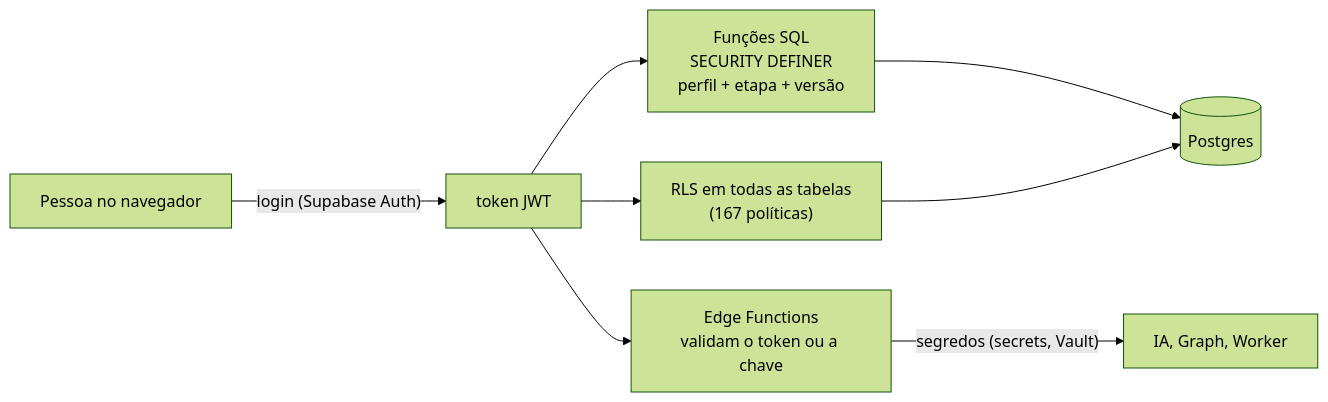
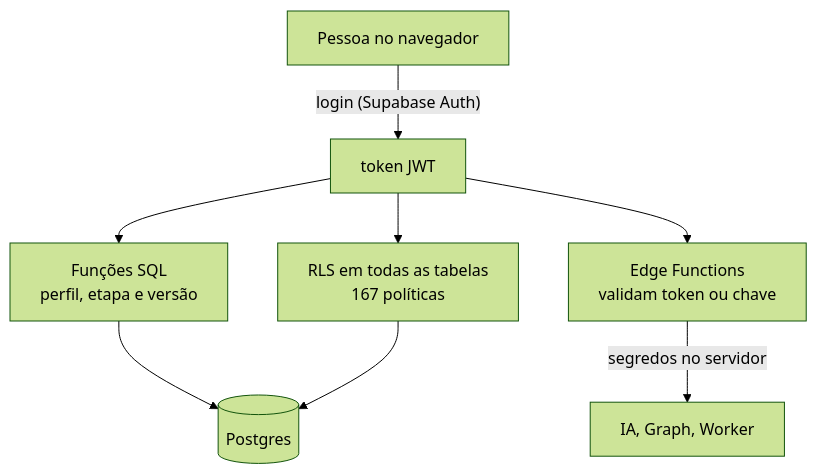
One commit to Taveshu19/plataforma-notas-fiscais changed the diagram in docs/08-seguranca-e-privacidade.md. Above: the diagram before and after it, drawn with Mermaid (forest theme). The commit also changed 9 other files, not shown here.

First line of the commit message:
Diagramas legíveis no GitHub e sem erro de sintaxe

````diff
--- a/docs/08-seguranca-e-privacidade.md
+++ b/docs/08-seguranca-e-privacidade.md
@@ -5,9 +5,9 @@
 ```mermaid
-flowchart LR
+flowchart TD
   U["Pessoa no navegador"] -->|"login (Supabase Auth)"| T["token JWT"]
-  T --> RPC["Funções SQL<br/>SECURITY DEFINER<br/>perfil + etapa + versão"]
-  T --> RLS["RLS em todas as tabelas<br/>(167 políticas)"]
-  T --> EF["Edge Functions<br/>validam o token ou a chave"]
-  EF -->|"segredos (secrets, Vault)"| EXT["IA, Graph, Worker"]
+  T --> RPC["Funções SQL<br/>perfil, etapa e versão"]
+  T --> RLS["RLS em todas as tabelas<br/>167 políticas"]
+  T --> EF["Edge Functions<br/>validam token ou chave"]
   RPC & RLS --> DB[("Postgres")]
+  EF -->|"segredos no servidor"| EXT["IA, Graph, Worker"]
 ```
````
